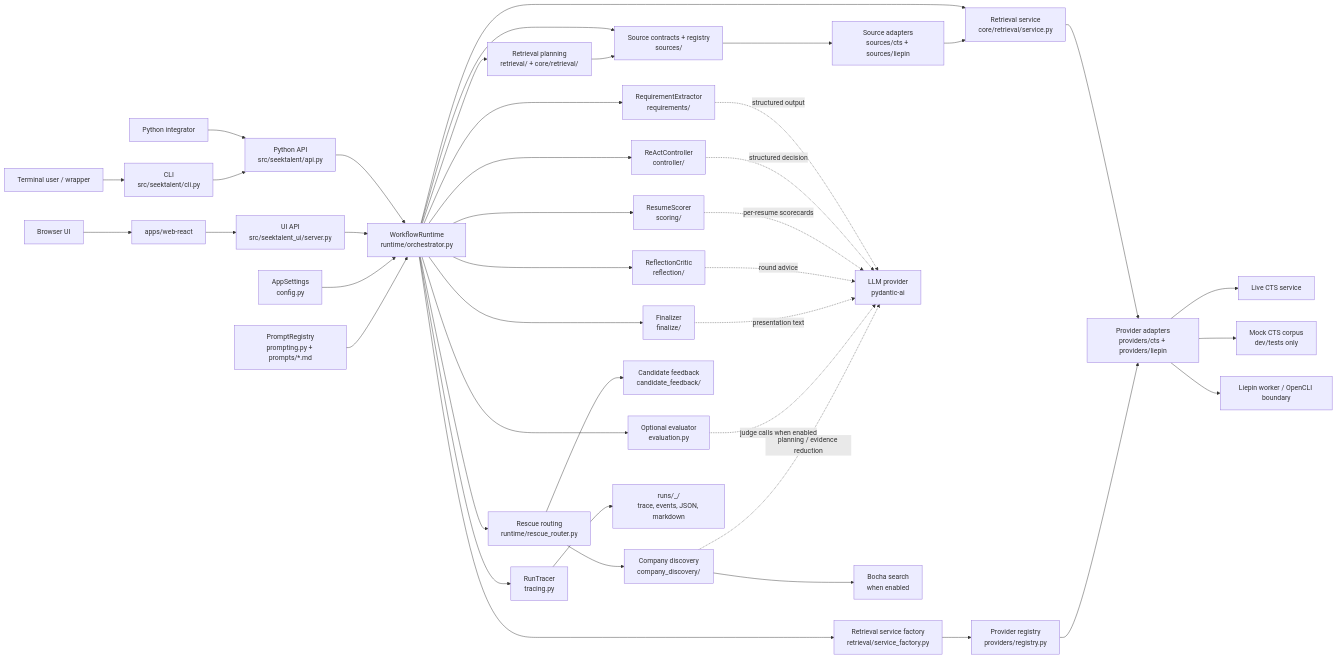
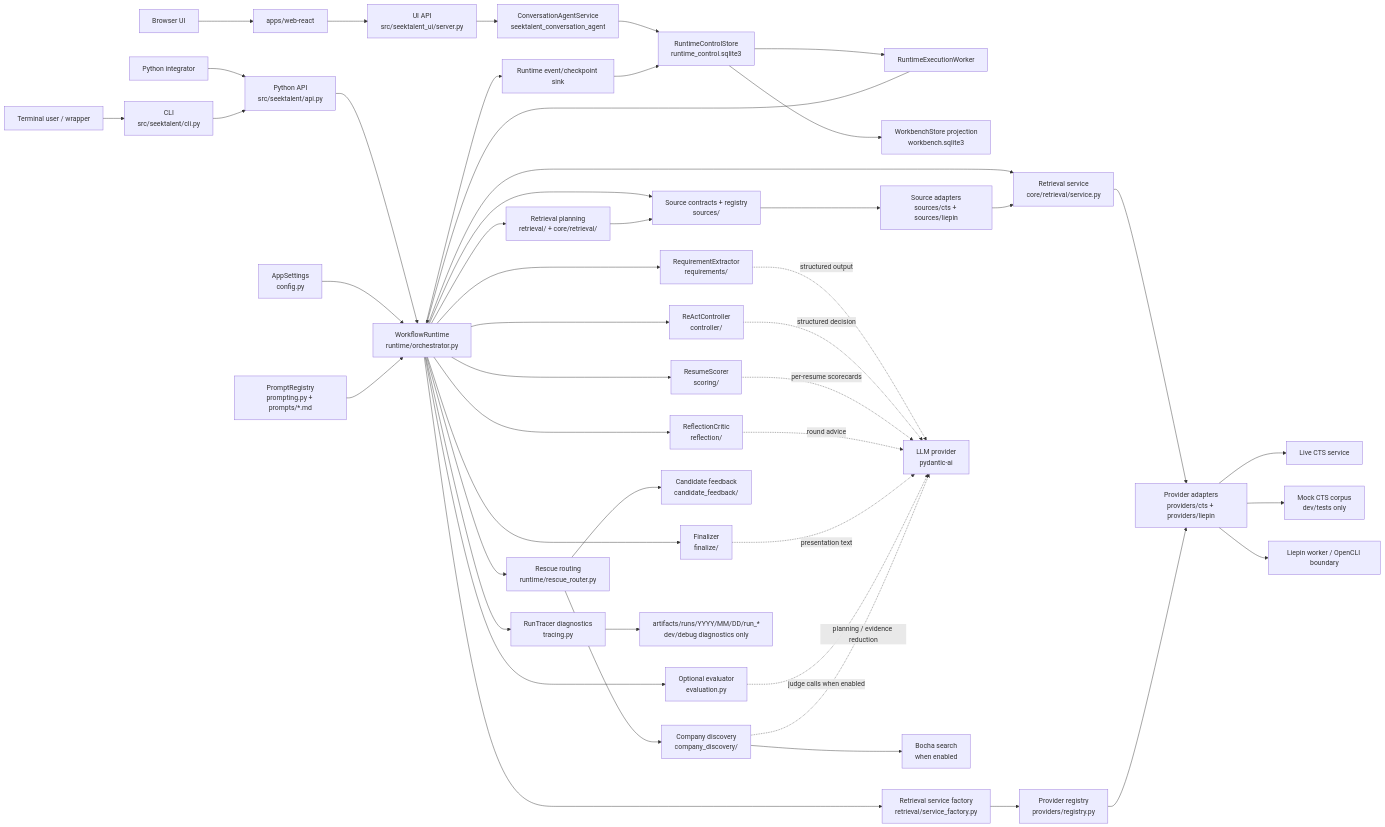
The first of 2 diagrams in docs/architecture.md (FrankQDWang/SeekTalent), drawn with Mermaid before and after one commit. The commit also changed other lines of this file and 7 other files, not shown here.

First line of the commit message:
Document runtime control storage contracts (#192)

````diff
--- a/docs/architecture.md
+++ b/docs/architecture.md
@@ -18,51 +18,57 @@
 ```mermaid
 flowchart LR
     user["Terminal user / wrapper"] --> cli["CLI\nsrc/seektalent/cli.py"]
     wrapper["Python integrator"] --> api["Python API\nsrc/seektalent/api.py"]
     browser["Browser UI"] --> webapp["apps/web-react"]
     webapp --> uiapi["UI API\nsrc/seektalent_ui/server.py"]
 
     cli --> api
     api --> runtime["WorkflowRuntime\nruntime/orchestrator.py"]
-    uiapi --> runtime
+    uiapi --> agent["ConversationAgentService\nseektalent_conversation_agent"]
+    agent --> control["RuntimeControlStore\nruntime_control.sqlite3"]
+    control --> worker["RuntimeExecutionWorker"]
+    worker --> runtime
+    control --> workbench["WorkbenchStore projection\nworkbench.sqlite3"]
 
     config["AppSettings\nconfig.py"] --> runtime
     prompts["PromptRegistry\nprompting.py + prompts/*.md"] --> runtime
 
     runtime --> req["RequirementExtractor\nrequirements/"]
     runtime --> controller["ReActController\ncontroller/"]
     runtime --> source_contracts["Source contracts + registry\nsources/"]
     runtime --> retrieval["Retrieval planning\nretrieval/ + core/retrieval/"]
     runtime --> rescue["Rescue routing\nruntime/rescue_router.py"]
     runtime --> service_factory["Retrieval service factory\nretrieval/service_factory.py"]
     runtime --> service["Retrieval service\ncore/retrieval/service.py"]
     source_contracts --> source_adapters["Source adapters\nsources/cts + sources/liepin"]
     service_factory --> registry["Provider registry\nproviders/registry.py"]
     service --> adapter["Provider adapters\nproviders/cts + providers/liepin"]
     runtime --> scoring["ResumeScorer\nscoring/"]
     runtime --> reflection["ReflectionCritic\nreflection/"]
     runtime --> finalizer["Finalizer\nfinalize/"]
     runtime --> eval["Optional evaluator\nevaluation.py"]
-    runtime --> tracer["RunTracer\ntracing.py"]
+    runtime --> sink["Runtime event/checkpoint sink"]
+    sink --> control
+    runtime --> tracer["RunTracer diagnostics\ntracing.py"]
 
     req -. "structured output" .-> llm["LLM provider\npydantic-ai"]
     controller -. "structured decision" .-> llm
     scoring -. "per-resume scorecards" .-> llm
     reflection -. "round advice" .-> llm
     finalizer -. "presentation text" .-> llm
     eval -. "judge calls when enabled" .-> llm
 
     retrieval --> source_contracts
     source_adapters --> service
     registry --> adapter
     adapter --> livects["Live CTS service"]
     adapter --> mockcts["Mock CTS corpus\ndev/tests only"]
     adapter --> liepinworker["Liepin worker / OpenCLI boundary"]
 
     rescue --> feedback["Candidate feedback\ncandidate_feedback/"]
     rescue --> discovery["Company discovery\ncompany_discovery/"]
     discovery --> bocha["Bocha search\nwhen enabled"]
     discovery -. "planning / evidence reduction" .-> llm
 
-    tracer --> runs["runs/<timestamp>_<run_id>/\ntrace, events, JSON, markdown"]
+    tracer --> artifacts["artifacts/runs/YYYY/MM/DD/run_*\ndev/debug diagnostics only"]
 ```
````
